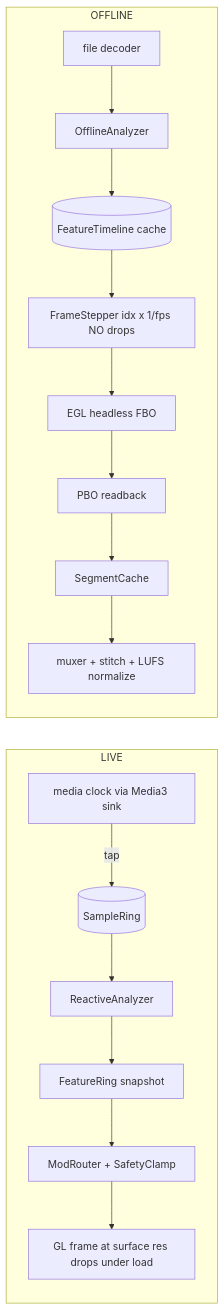
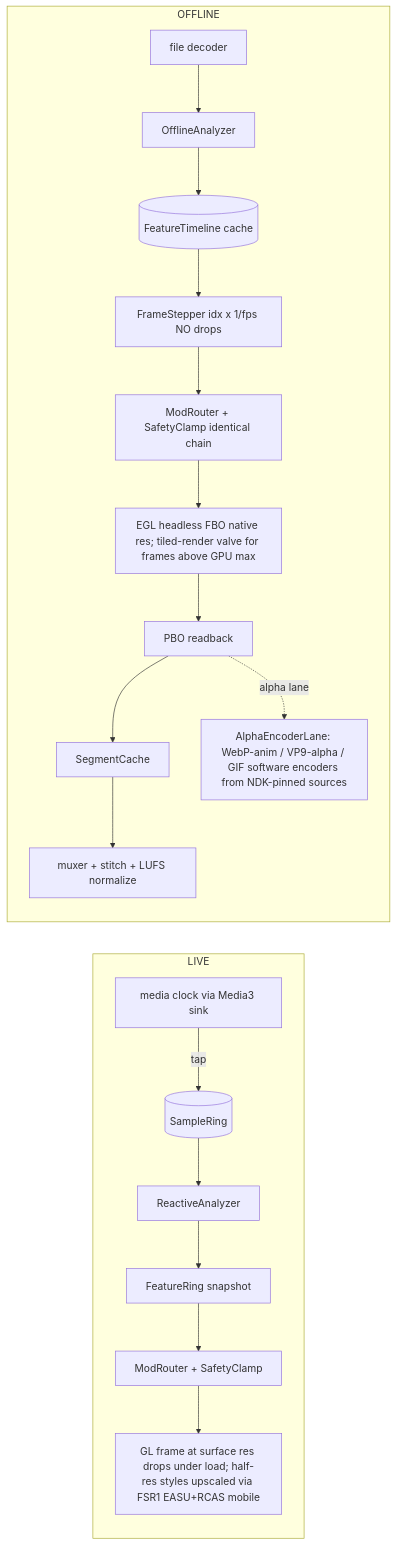
Before and after one commit to tessie1993/music-visualizer-2: the seventh of 7 diagrams in docs/ARCHITECTURE_BLUEPRINT.md, drawn with Mermaid. The commit also changed other lines of this file, not shown here.

Commit message:
docs(synesthesia): blueprint review fixes 1-9 (parity harness home, offline clamp, alpha lane, failure ownership table, player lifecycle, FSR/tiling reinstated, studio->vis edge, projectM placement, mermaid syntax)

````diff
--- a/docs/ARCHITECTURE_BLUEPRINT.md
+++ b/docs/ARCHITECTURE_BLUEPRINT.md
@@ -148,10 +153,12 @@
 ```mermaid
 flowchart LR
   subgraph LIVE
-    A[media clock via Media3 sink] -->|tap| R[(SampleRing)] --> RA[ReactiveAnalyzer] --> FR[FeatureRing snapshot] --> MW[ModRouter + SafetyClamp] --> GL[GL frame at surface res drops under load]
+    A[media clock via Media3 sink] -->|tap| R[(SampleRing)] --> RA[ReactiveAnalyzer] --> FR[FeatureRing snapshot] --> MW[ModRouter + SafetyClamp] --> GL["GL frame at surface res drops under load; half-res styles upscaled via FSR1 EASU+RCAS mobile"]
   end
   subgraph OFFLINE
     F[file decoder] --> OA[OfflineAnalyzer] --> FT[(FeatureTimeline cache)]
-    FT --> FS[FrameStepper idx x 1/fps NO drops] --> EGL[EGL headless FBO] --> PBO[PBO readback] --> SEG[SegmentCache] --> MX[muxer + stitch + LUFS normalize]
+    FT --> FS[FrameStepper idx x 1/fps NO drops] --> MWO[ModRouter + SafetyClamp identical chain] --> EGL["EGL headless FBO native res; tiled-render valve for frames above GPU max"] --> PBO[PBO readback]
+    PBO --> SEG[SegmentCache] --> MX[muxer + stitch + LUFS normalize]
+    PBO -. alpha lane .-> AL[AlphaEncoderLane: WebP-anim / VP9-alpha / GIF software encoders from NDK-pinned sources]
   end
 ```
````
